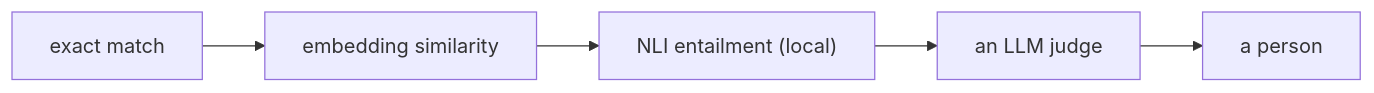
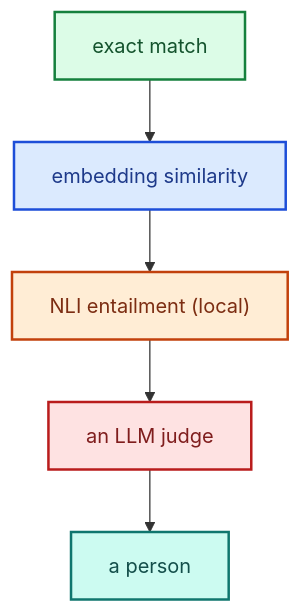
Before and after one commit to kk-engineer/robosathi: the fourth of 4 diagrams in content/en/docs/agentic_ai/rag.md, drawn with Mermaid. The commit also changed other lines of this file and 15 other files, not shown here.

First line of the commit message:
perf: Lighter pages and on-demand loading; legible flow diagrams

````diff
--- a/content/en/docs/agentic_ai/rag.md
+++ b/content/en/docs/agentic_ai/rag.md
@@ -201,4 +212,16 @@
 ```mermaid
-graph LR
+graph TD
     X["exact match"] --> EM["embedding similarity"] --> N["NLI entailment (local)"] --> J["an LLM judge"] --> H["a person"]
+    classDef c1 fill:#dcfce7,stroke:#15803d,stroke-width:2px,color:#14532d
+    classDef c2 fill:#dbeafe,stroke:#1d4ed8,stroke-width:2px,color:#1e3a8a
+    classDef c3 fill:#ffedd5,stroke:#c2410c,stroke-width:2px,color:#7c2d12
+    classDef c4 fill:#f3e8ff,stroke:#7e22ce,stroke-width:2px,color:#581c87
+    classDef c5 fill:#fee2e2,stroke:#b91c1c,stroke-width:2px,color:#7f1d1d
+    classDef c6 fill:#ccfbf1,stroke:#0f766e,stroke-width:2px,color:#134e4a
+    class X c1
+    class EM c2
+    class N c3
+    class entailment c4
+    class J c5
+    class H c6
 ```
````
